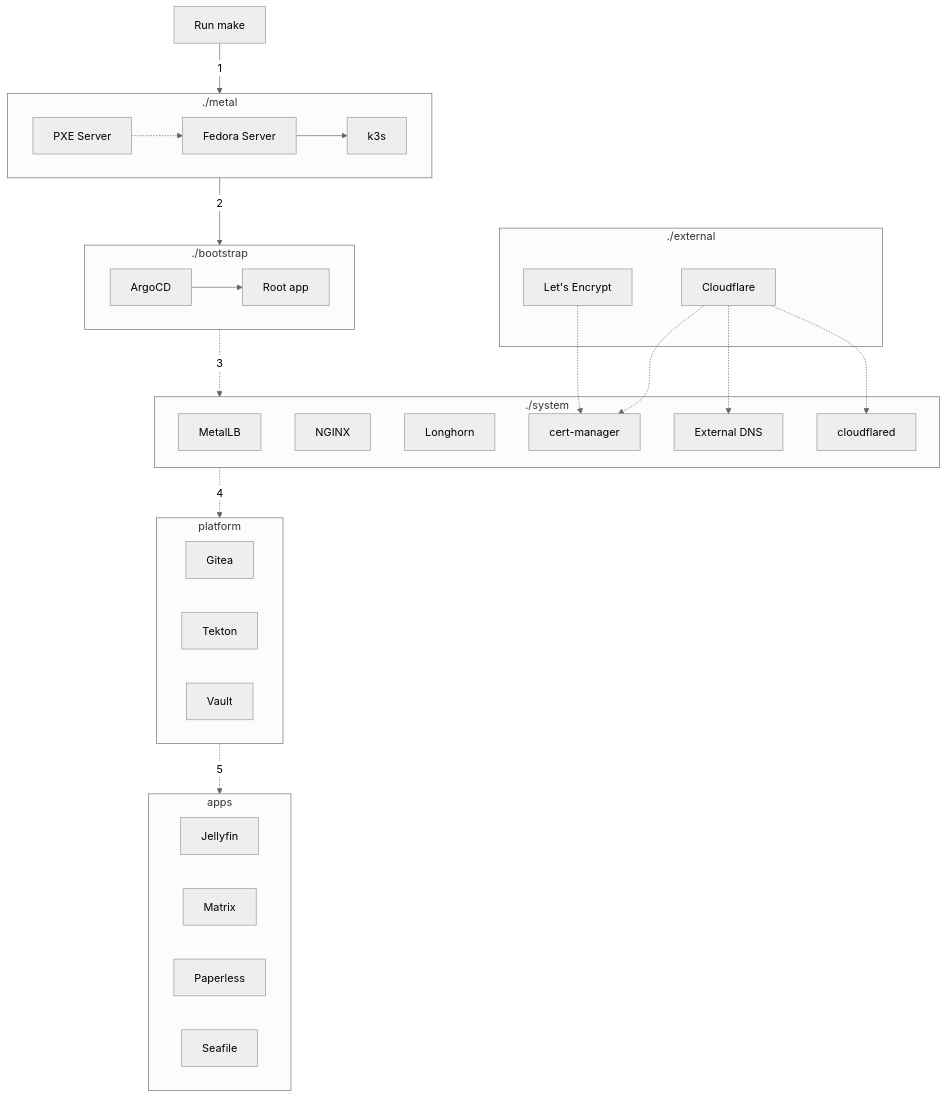
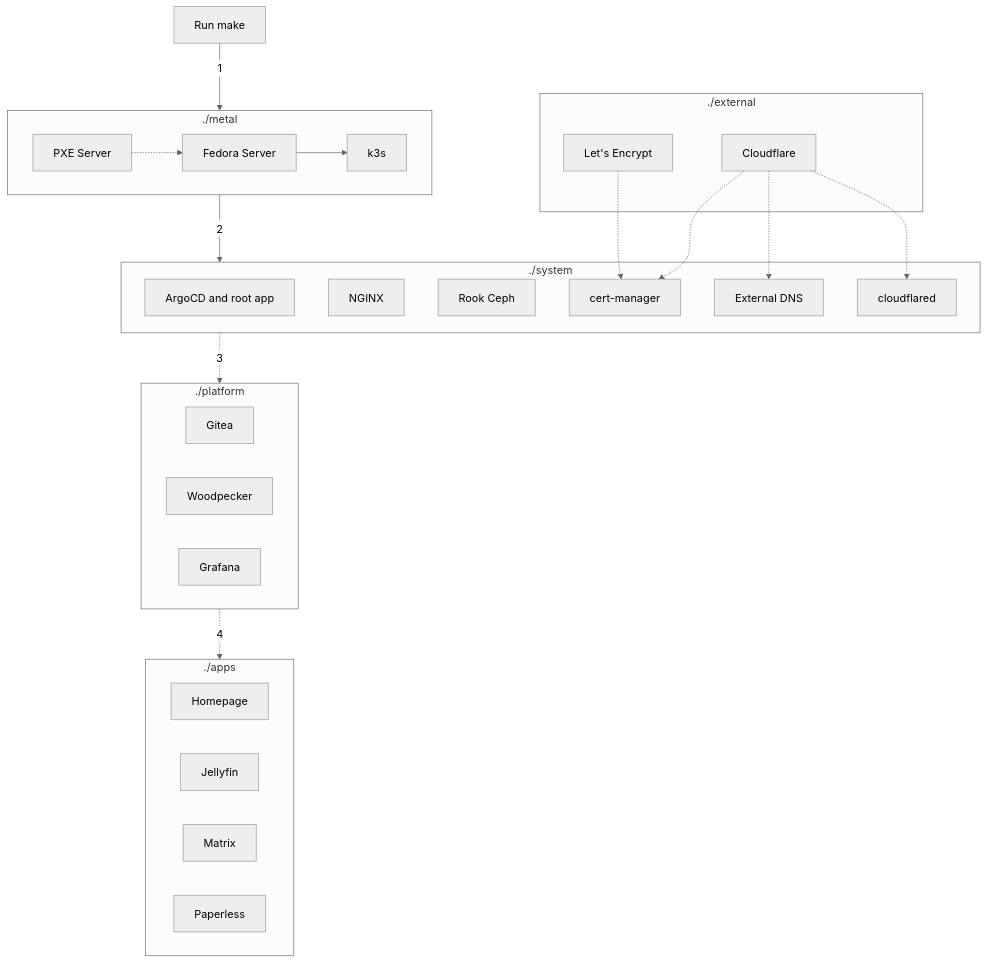
One commit to brimdor/homelab-docs changed the diagram in docs/reference/architecture/overview.md. Above: the diagram before and after it, drawn with Mermaid (neutral theme). The commit also changed other lines of this file and 33 other files, not shown here.

````diff
--- a/docs/reference/architecture/overview.md
+++ b/docs/reference/architecture/overview.md
@@ -54,44 +47,40 @@
 ```mermaid
 flowchart TD
   subgraph metal[./metal]
     pxe[PXE Server] -.-> linux[Fedora Server] --> k3s
   end
 
-  subgraph bootstrap[./bootstrap]
-    argocd[ArgoCD] --> rootapp[Root app]
-  end
-
   subgraph system[./system]
-    metallb[MetalLB]
+    argocd[ArgoCD and root app]
     nginx[NGINX]
-    longhorn[Longhorn]
+    rook-ceph[Rook Ceph]
     cert-manager
     external-dns[External DNS]
     cloudflared
   end
 
   subgraph external[./external]
     letsencrypt[Let's Encrypt]
     cloudflare[Cloudflare]
   end
 
   letsencrypt -.-> cert-manager
   cloudflare -.-> cert-manager
   cloudflare -.-> external-dns
   cloudflare -.-> cloudflared
 
-  subgraph platform
-    gitea[Gitea]
-    tekton[Tekton]
-    vault[Vault]
+  subgraph platform[./platform]
+    Gitea
+    Woodpecker
+    Grafana
   end
 
-  subgraph apps
+  subgraph apps[./apps]
+    homepage[Homepage]
     jellyfin[Jellyfin]
     matrix[Matrix]
     paperless[Paperless]
-    seafile[Seafile]
   end
 
-  make[Run make] -- 1 --> metal -- 2 --> bootstrap -. 3 .-> system -. 4 .-> platform -. 5 .-> apps
+  make[Run make] -- 1 --> metal -- 2 --> system -. 3 .-> platform -. 4 .-> apps
 ```
````
